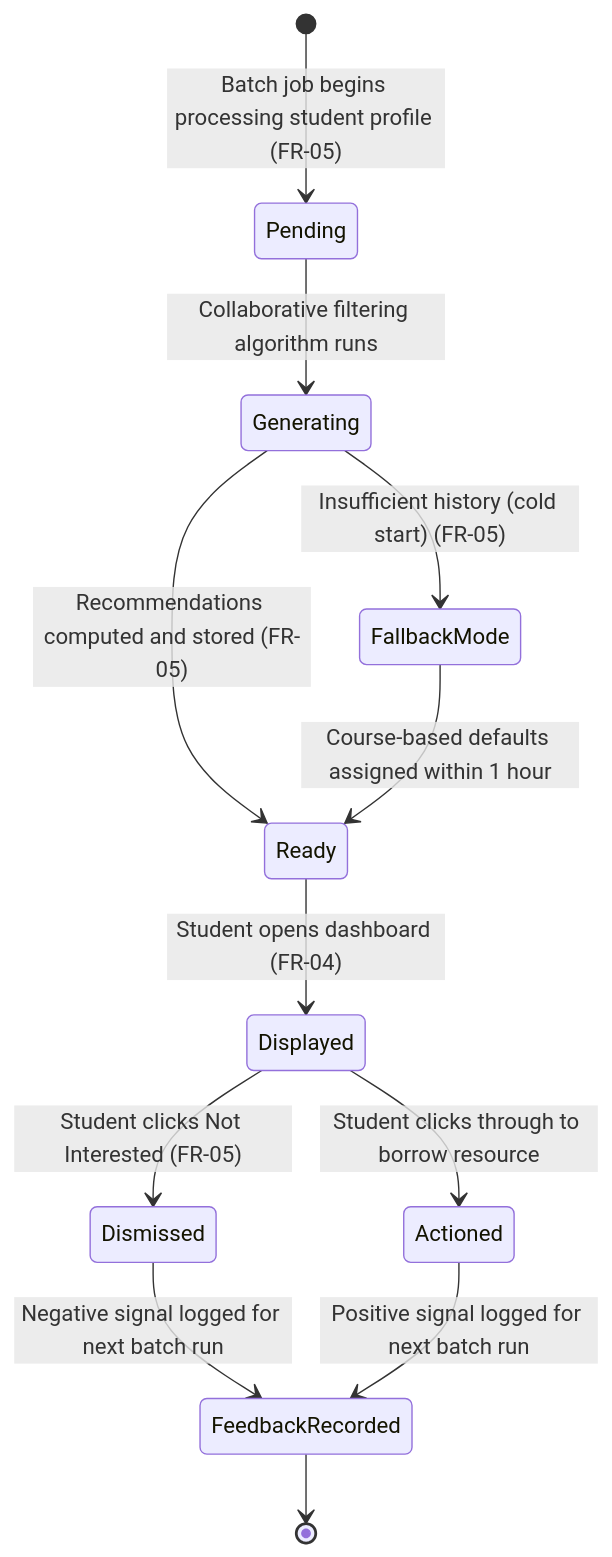
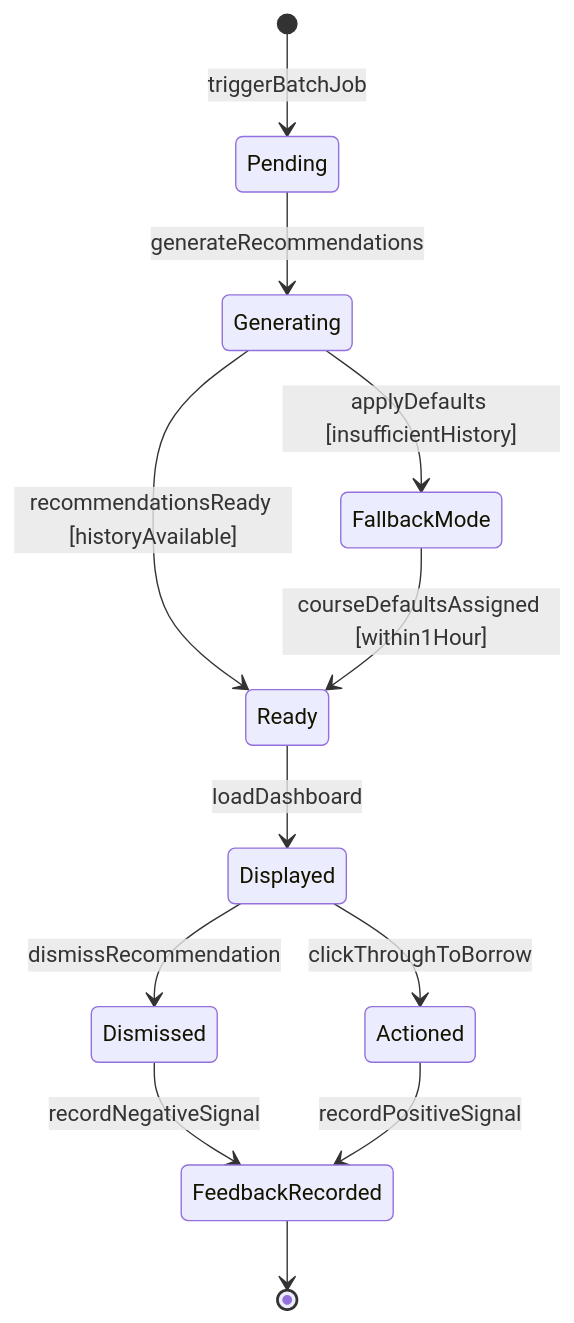
One commit to 211225347/Smart-Academic-Library-Assistance-System-SALAS- changed the sixth of 8 diagrams in STATE_TRANSITION_DIAGRAMS.md. Above: the diagram before and after it, drawn with Mermaid. The commit also changed other lines of this file, not shown here.

````diff
--- a/STATE_TRANSITION_DIAGRAMS.md
+++ b/STATE_TRANSITION_DIAGRAMS.md
@@ -206,19 +214,19 @@
 ```mermaid
 stateDiagram-v2
-    [*] --> Pending : Batch job begins processing student profile (FR-05)
+    [*] --> Pending : triggerBatchJob
 
-    Pending --> Generating : Collaborative filtering algorithm runs
-    Generating --> Ready : Recommendations computed and stored (FR-05)
-    Generating --> FallbackMode : Insufficient history (cold start) (FR-05)
+    Pending --> Generating : generateRecommendations
+    Generating --> Ready : recommendationsReady [historyAvailable]
+    Generating --> FallbackMode : applyDefaults [insufficientHistory]
 
-    FallbackMode --> Ready : Course-based defaults assigned within 1 hour
+    FallbackMode --> Ready : courseDefaultsAssigned [within1Hour]
 
-    Ready --> Displayed : Student opens dashboard (FR-04)
-    Displayed --> Dismissed : Student clicks Not Interested (FR-05)
-    Displayed --> Actioned : Student clicks through to borrow resource
+    Ready --> Displayed : loadDashboard
+    Displayed --> Dismissed : dismissRecommendation
+    Displayed --> Actioned : clickThroughToBorrow
 
-    Dismissed --> FeedbackRecorded : Negative signal logged for next batch run
-    Actioned --> FeedbackRecorded : Positive signal logged for next batch run
+    Dismissed --> FeedbackRecorded : recordNegativeSignal
+    Actioned --> FeedbackRecorded : recordPositiveSignal
 
     FeedbackRecorded --> [*]
 ```
````
